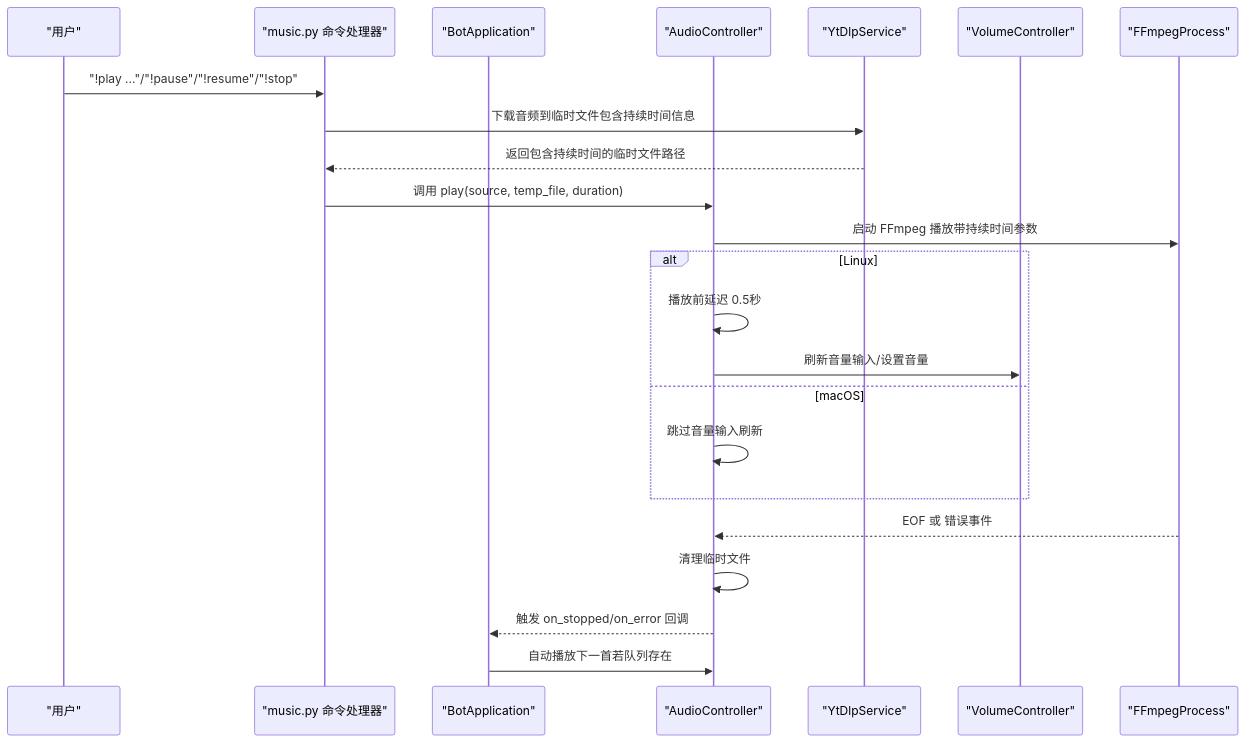
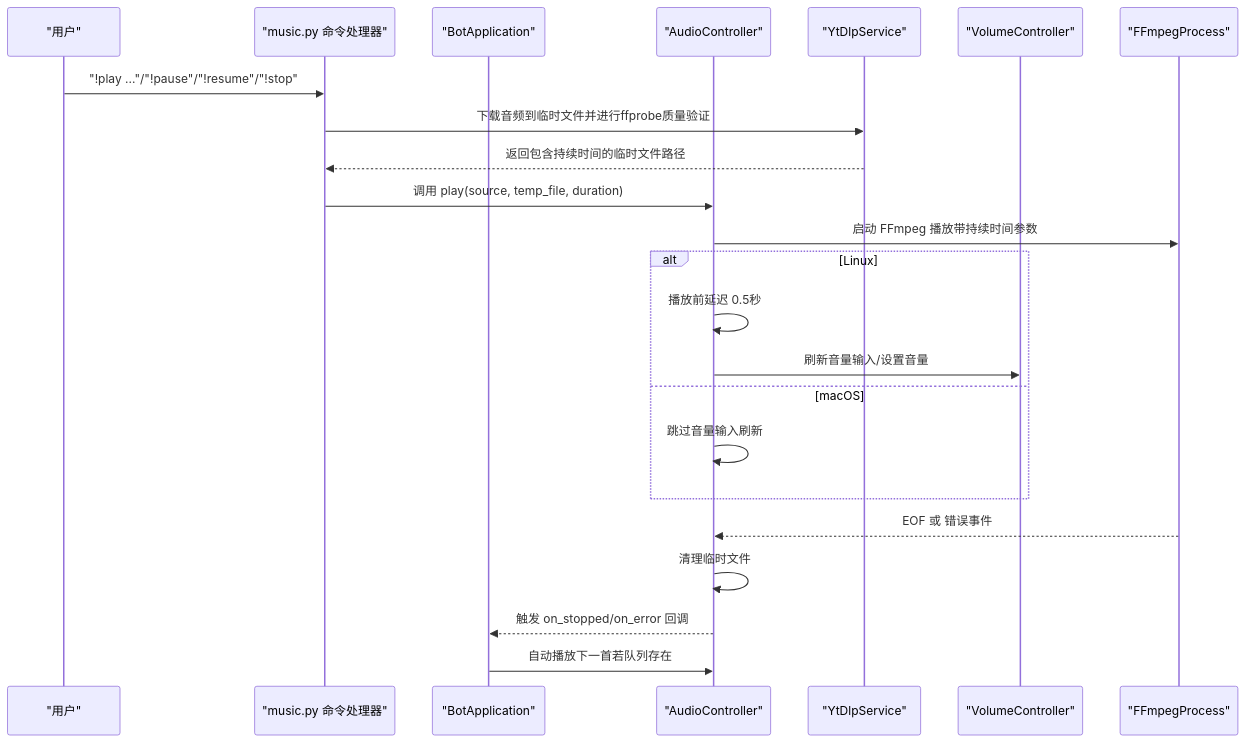
Before and after one commit to GhoulOwl/Teamspeak3_Bot: the second of 11 diagrams in .qoder/repowiki/zh/content/音乐播放系统/音频控制器.md, drawn with Mermaid. The commit also changed other lines of this file and 6 other files, not shown here.

````diff
--- a/.qoder/repowiki/zh/content/音乐播放系统/音频控制器.md
+++ b/.qoder/repowiki/zh/content/音乐播放系统/音频控制器.md
@@ -136,25 +150,25 @@
 ```mermaid
 sequenceDiagram
 participant User as "用户"
 participant Cmd as "music.py 命令处理器"
 participant App as "BotApplication"
 participant Ctrl as "AudioController"
 participant YTDL as "YtDlpService"
 participant Vol as "VolumeController"
 participant FF as "FFmpegProcess"
 User->>Cmd : "!play ..."/"!pause"/"!resume"/"!stop"
-Cmd->>YTDL : 下载音频到临时文件包含持续时间信息
+Cmd->>YTDL : 下载音频到临时文件并进行ffprobe质量验证
 YTDL-->>Cmd : 返回包含持续时间的临时文件路径
 Cmd->>Ctrl : 调用 play(source, temp_file, duration)
 Ctrl->>FF : 启动 FFmpeg 播放带持续时间参数
 alt Linux
 Ctrl->>Ctrl : 播放前延迟 0.5秒
 Ctrl->>Vol : 刷新音量输入/设置音量
 else macOS
 Ctrl->>Ctrl : 跳过音量输入刷新
 end
 FF-->>Ctrl : EOF 或 错误事件
 Ctrl->>Ctrl : 清理临时文件
 Ctrl-->>App : 触发 on_stopped/on_error 回调
 App->>Ctrl : 自动播放下一首若队列存在
 ```
````
